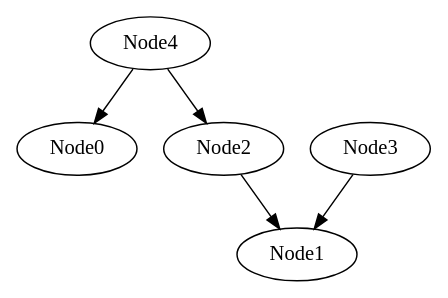
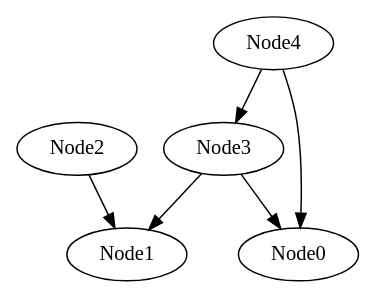
Before and after one commit to zephyr06/DAG_NLP: the diagram in Visualize/currGraph.gv, drawn with Graphviz. The commit also changed 14 other files, not shown here.

```diff
--- a/Visualize/currGraph.gv
+++ b/Visualize/currGraph.gv
@@ -1,16 +1,18 @@
 // The Round Table
 digraph {
 	Node0
 	Node1
 	Node2
 	Node3
 	Node4
-	Node3 -> Node1
-
 	Node2 -> Node1
 
 	Node4 -> Node0
 
-	Node4 -> Node2
+	Node4 -> Node3
+
+	Node3 -> Node0
+
+	Node3 -> Node1
 
 }
```
